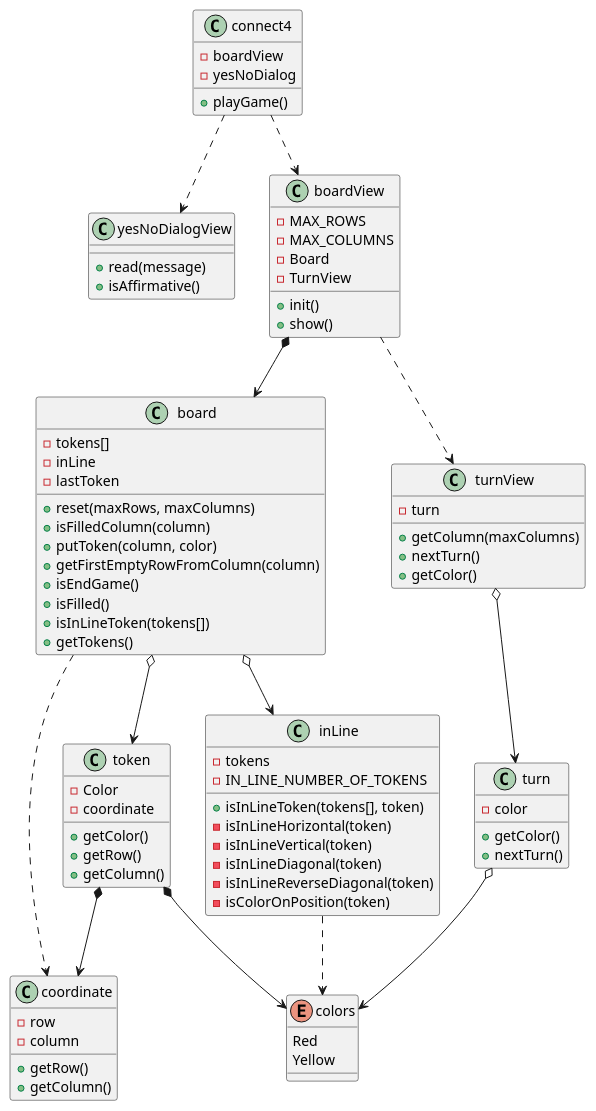
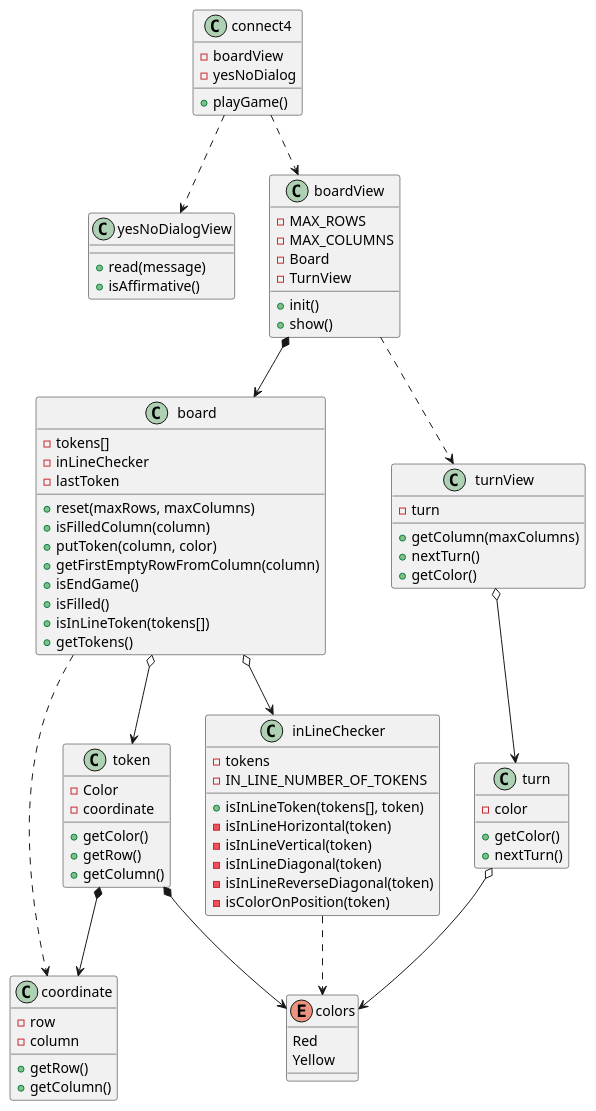
The diagram in UML/softwareModel.puml (jumpering/connect4), drawn with PlantUML before and after one commit. The commit also changed 2 other files, not shown here.

Commit message:
refactor class name inLineChecker and UML

```diff
--- a/UML/softwareModel.puml
+++ b/UML/softwareModel.puml
@@ -1,89 +1,89 @@
 @startuml
 
 class connect4{
     - boardView
     - yesNoDialog
     + playGame()
 }
 class yesNoDialogView{
     + read(message)
     + isAffirmative()
 }
 class board{
     - tokens[]
-    - inLine
+    - inLineChecker
     - lastToken
     + reset(maxRows, maxColumns)
     + isFilledColumn(column)
     + putToken(column, color)
     + getFirstEmptyRowFromColumn(column)
     + isEndGame()
     + isFilled()
     + isInLineToken(tokens[])
     + getTokens()
 }
 class boardView{
     - MAX_ROWS
     - MAX_COLUMNS
     - Board
     - TurnView
     + init()
     + show()
 }
-class inLine{
+class inLineChecker{
     - tokens
     - IN_LINE_NUMBER_OF_TOKENS
     + isInLineToken(tokens[], token)
     - isInLineHorizontal(token)
     - isInLineVertical(token)
     - isInLineDiagonal(token)
     - isInLineReverseDiagonal(token)
     - isColorOnPosition(token)
 }
 
 class token{
     - Color
     - coordinate
     + getColor()
     + getRow()
     + getColumn()
 }
 
 class coordinate {
     - row 
     - column
     + getRow()
     + getColumn()
 }
 
 class turnView{
     - turn
     + getColumn(maxColumns)
     + nextTurn()
     + getColor()
 }
 
 class turn{
     - color
     + getColor()
     + nextTurn()
 }
 
 enum colors{
 Red
 Yellow
 }
 
 connect4 ..> boardView
 connect4 ..> yesNoDialogView
 boardView *--> board
 boardView ..> turnView
 turnView o--> turn
 board o--> token
-board o--> inLine
+board o--> inLineChecker
 board ..> coordinate
-inLine ..> colors
+inLineChecker ..> colors
 turn o--> colors
 token *--> colors
 token *--> coordinate
 @enduml
```
